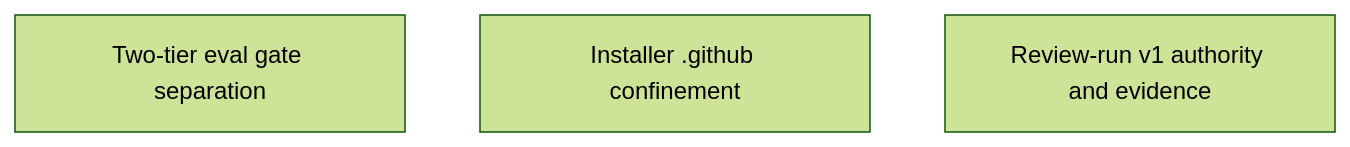
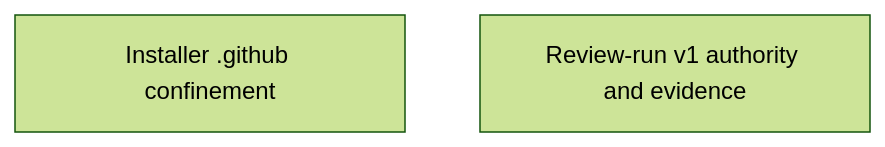
One commit to jIRI-san/skalary changed the diagram in docs/architecture-notes/architecture.human.md. Above: the diagram before and after it, drawn with Mermaid (forest theme). The commit also changed other lines of this file and 40 other files, not shown here.

Commit message:
refactor(formats): remove baseline JSON schemas

````diff
--- a/docs/architecture-notes/architecture.human.md
+++ b/docs/architecture-notes/architecture.human.md
@@ -25,6 +25,5 @@
 ```mermaid
 graph TD
-  ARCH_Eval_Gate_Separation["Two-tier eval gate separation"]
   ARCH_Install_Confinement["Installer .github confinement"]
   ARCH_Review_Run_V1["Review-run v1 authority and evidence"]
 ```
````
